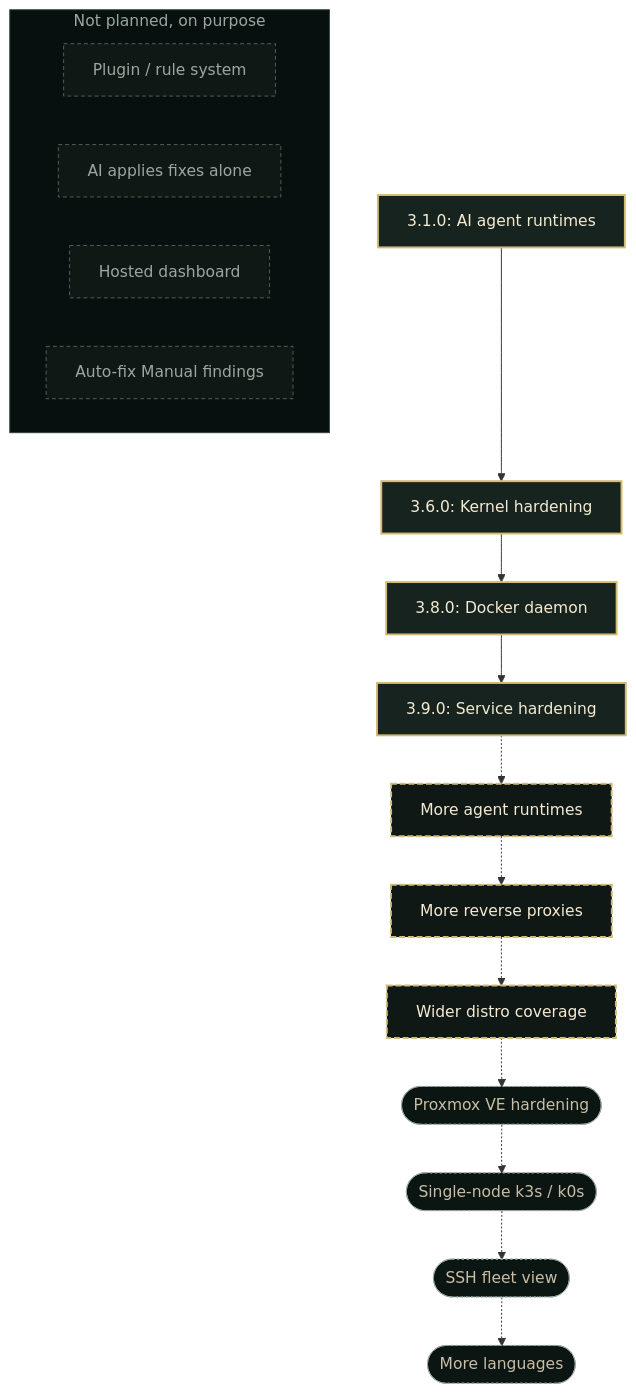
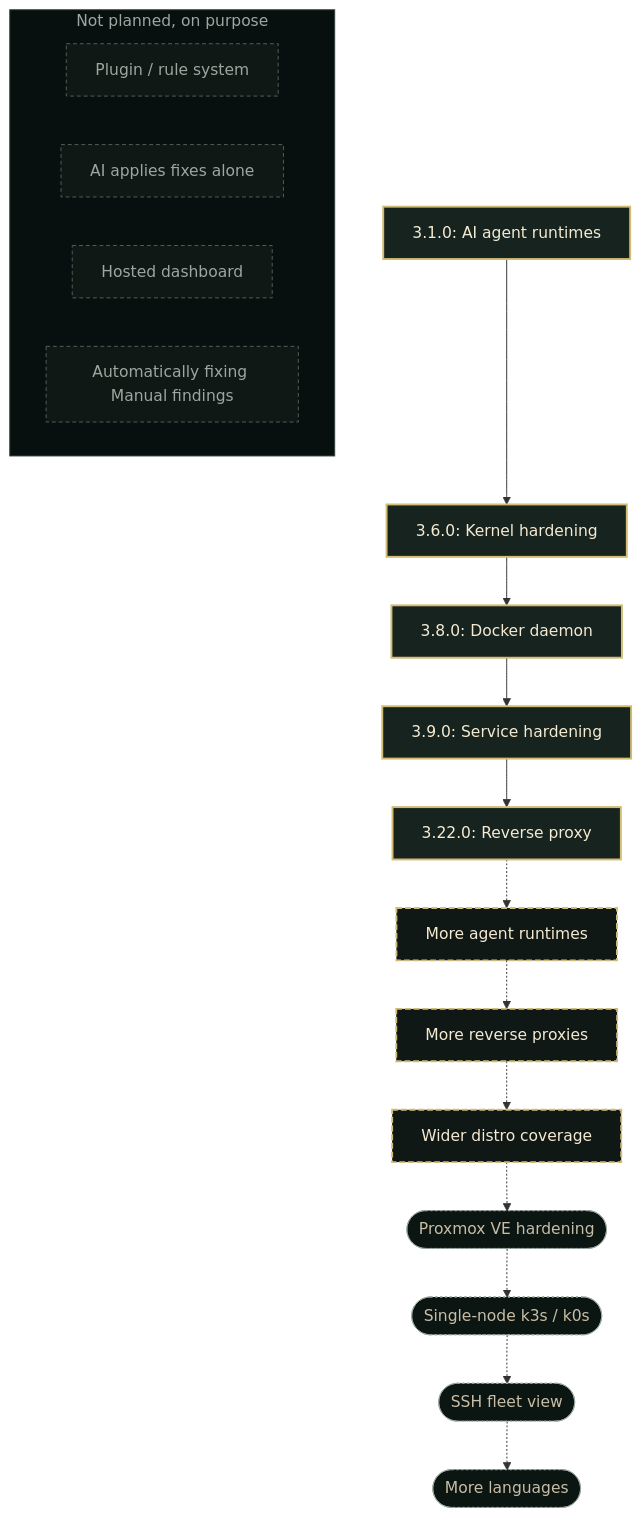
One commit to seolcu/hostveil changed the diagram in README.md. Above: the diagram before and after it, drawn with Mermaid. The commit also changed other lines of this file and 46 other files, not shown here.

````diff
--- a/README.md
+++ b/README.md
@@ -373,32 +373,33 @@
 ```mermaid
 graph TD
     v1["3.1.0: AI agent runtimes"] --> v2["3.6.0: Kernel hardening"]
     v2 --> v3["3.8.0: Docker daemon"]
     v3 --> v4["3.9.0: Service hardening"]
-    v4 -.-> n1["More agent runtimes"]
+    v4 --> v5["3.22.0: Reverse proxy"]
+    v5 -.-> n1["More agent runtimes"]
     n1 -.-> n2["More reverse proxies"]
     n2 -.-> n3["Wider distro coverage"]
     n3 -.-> e1(["Proxmox VE hardening"])
     e1 -.-> e2(["Single-node k3s / k0s"])
     e2 -.-> e3(["SSH fleet view"])
     e3 -.-> e4(["More languages"])
 
     subgraph np["Not planned, on purpose"]
         x1["Plugin / rule system"]
         x2["AI applies fixes alone"]
         x3["Hosted dashboard"]
-        x4["Auto-fix Manual findings"]
+        x4["Automatically fixing Manual findings"]
     end
 
     classDef shipped fill:#16231f,stroke:#d2bc74,stroke-width:2px,color:#f5ead2
     classDef next fill:#101816,stroke:#d2bc74,stroke-width:2px,stroke-dasharray:6 3,color:#f5ead2
     classDef exploring fill:#0b1512,stroke:#9aa89f,stroke-width:1px,stroke-dasharray:2 3,color:#c8bea7
     classDef notplanned fill:#101816,stroke:#516057,stroke-width:1px,stroke-dasharray:4 3,color:#9aa89f
     classDef npTitle fill:#07100f,stroke:#31413b,color:#9aa89f
 
-    class v1,v2,v3,v4 shipped
+    class v1,v2,v3,v4,v5 shipped
     class n1,n2,n3 next
     class e1,e2,e3,e4 exploring
     class x1,x2,x3,x4 notplanned
     class np npTitle
 ```
````
